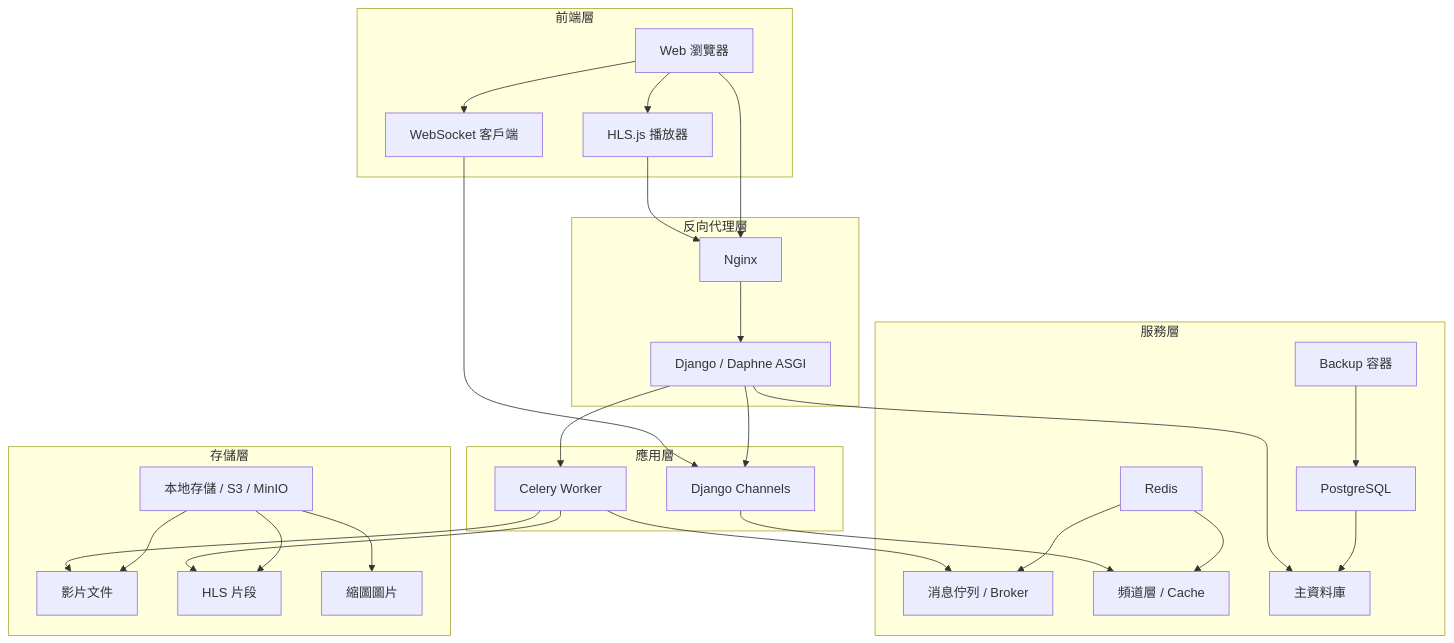
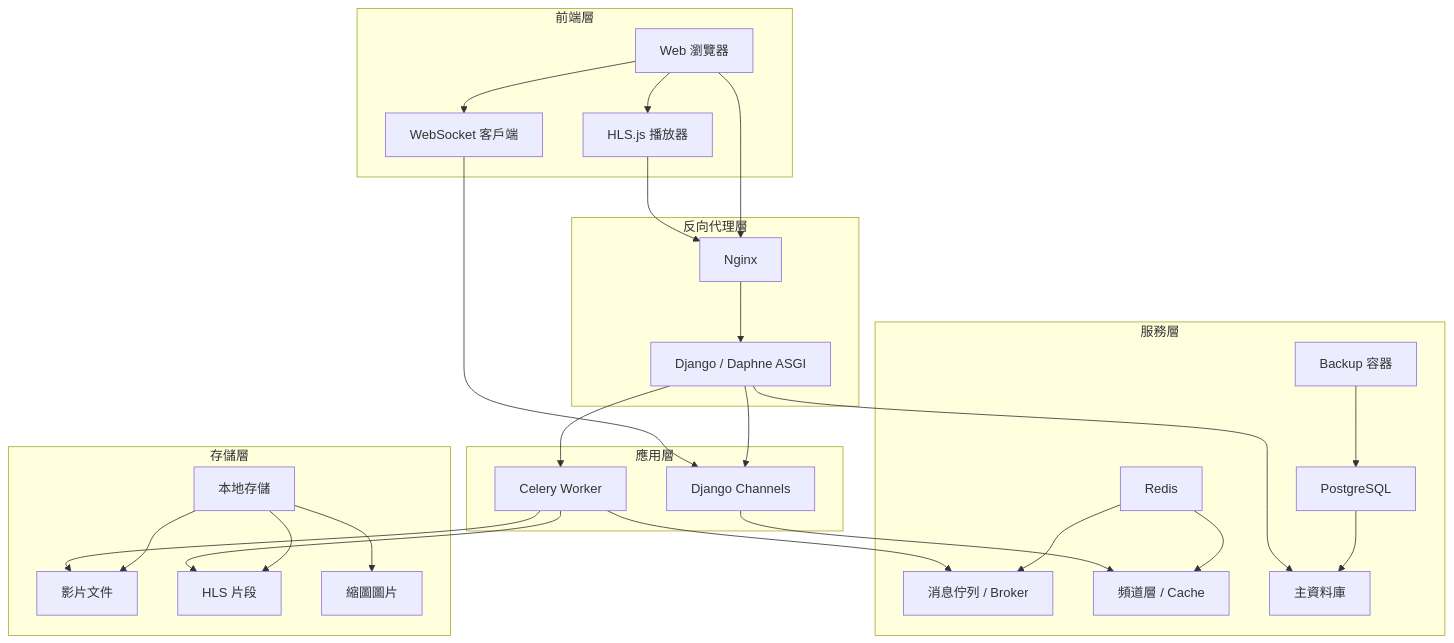
Before and after one commit to twtrubiks/django-youtube-service: the first of 2 diagrams in README.md, drawn with Mermaid. The commit also changed other lines of this file and 5 other files, not shown here.

````diff
--- a/README.md
+++ b/README.md
@@ -19,38 +19,38 @@
 ```mermaid
 graph TB
     subgraph "前端層"
         A[Web 瀏覽器] --> B[HLS.js 播放器]
         A --> C[WebSocket 客戶端]
     end
 
     subgraph "反向代理層"
         P[Nginx] --> D
     end
 
     subgraph "應用層"
         D[Django / Daphne ASGI] --> E[Django Channels]
         D --> F[Celery Worker]
     end
 
     subgraph "服務層"
         G[Redis] --> H[消息佇列 / Broker]
         G --> I[頻道層 / Cache]
         J[PostgreSQL] --> K[主資料庫]
         BK[Backup 容器] --> J
     end
 
     subgraph "存儲層"
-        L[本地存儲 / S3 / MinIO] --> M[影片文件]
+        L[本地存儲] --> M[影片文件]
         L --> N[HLS 片段]
         L --> O[縮圖圖片]
     end
 
     A --> P
     B --> P
     C --> E
     E --> I
     F --> H
     D --> K
     F --> M
     F --> N
 ```
````
